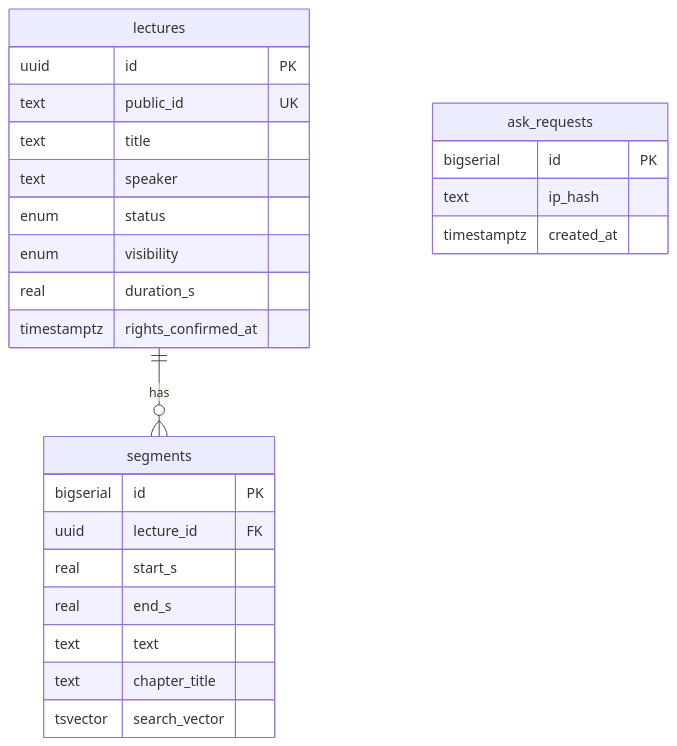
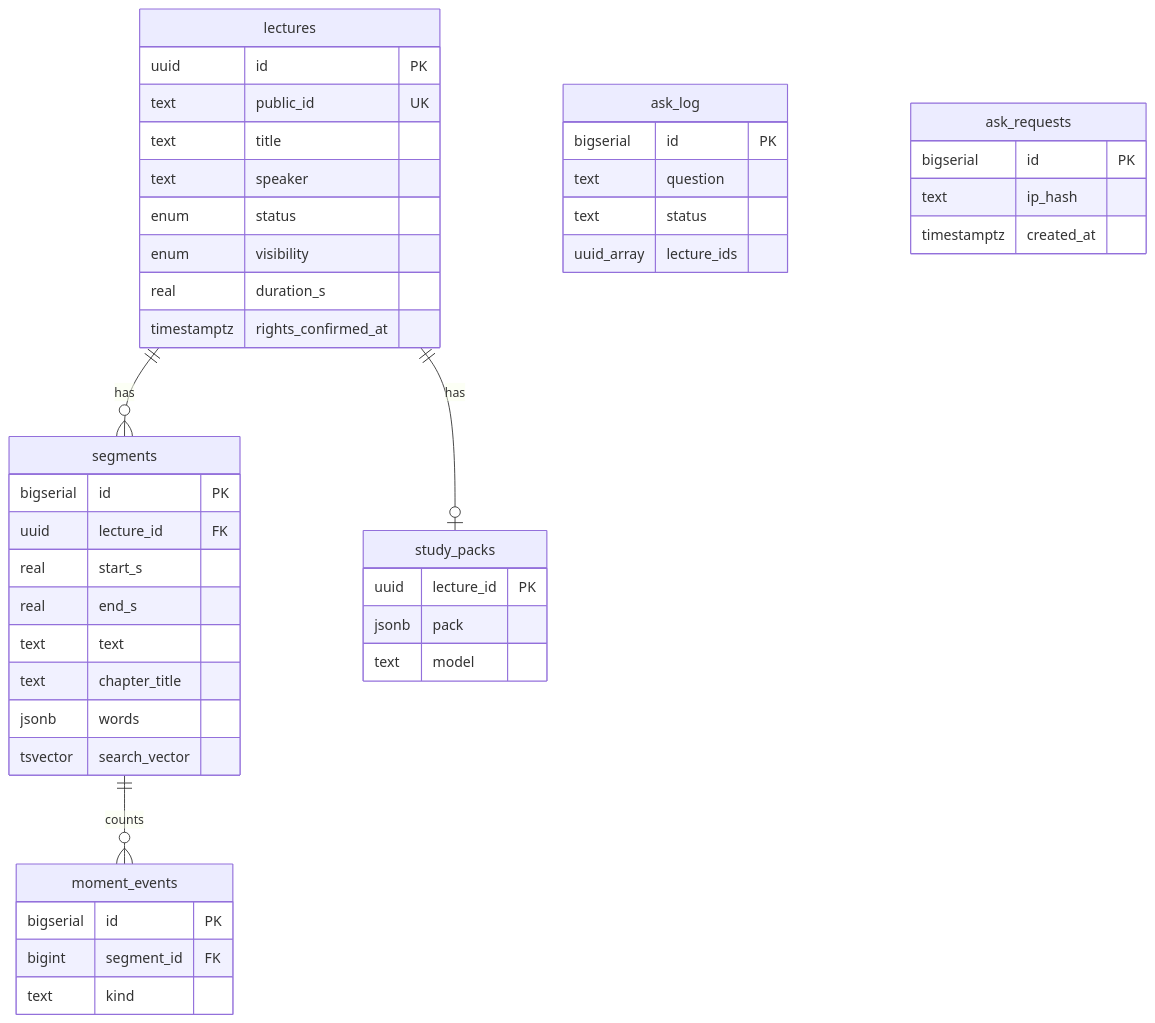
The seventh of 9 diagrams in docs/ARCHITECTURE.md (HackIndiaXYZ/pixels-to-products-cloudinary-ai-hackathon-2026-code-blooded), drawn with Mermaid before and after one commit. The commit also changed other lines of this file and 19 other files, not shown here.

First line of the commit message:
docs: align current-state docs with the Gemini AI layer and v3 schema

````diff
--- a/docs/ARCHITECTURE.md
+++ b/docs/ARCHITECTURE.md
@@ -129,28 +132,47 @@
 ```mermaid
 erDiagram
     lectures ||--o{ segments : has
     lectures {
         uuid id PK
         text public_id UK
         text title
         text speaker
         enum status
         enum visibility
         real duration_s
         timestamptz rights_confirmed_at
     }
     segments {
         bigserial id PK
         uuid lecture_id FK
         real start_s
         real end_s
         text text
         text chapter_title
+        jsonb words
         tsvector search_vector
+    }
+    lectures ||--o| study_packs : has
+    segments ||--o{ moment_events : counts
+    study_packs {
+        uuid lecture_id PK
+        jsonb pack
+        text model
+    }
+    ask_log {
+        bigserial id PK
+        text question
+        text status
+        uuid_array lecture_ids
+    }
+    moment_events {
+        bigserial id PK
+        bigint segment_id FK
+        text kind
     }
     ask_requests {
         bigserial id PK
         text ip_hash
         timestamptz created_at
     }
 ```
````
